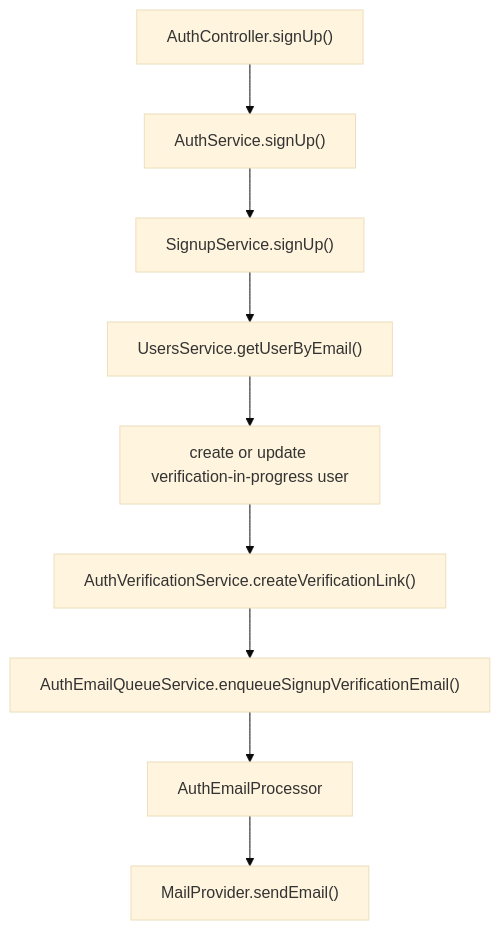
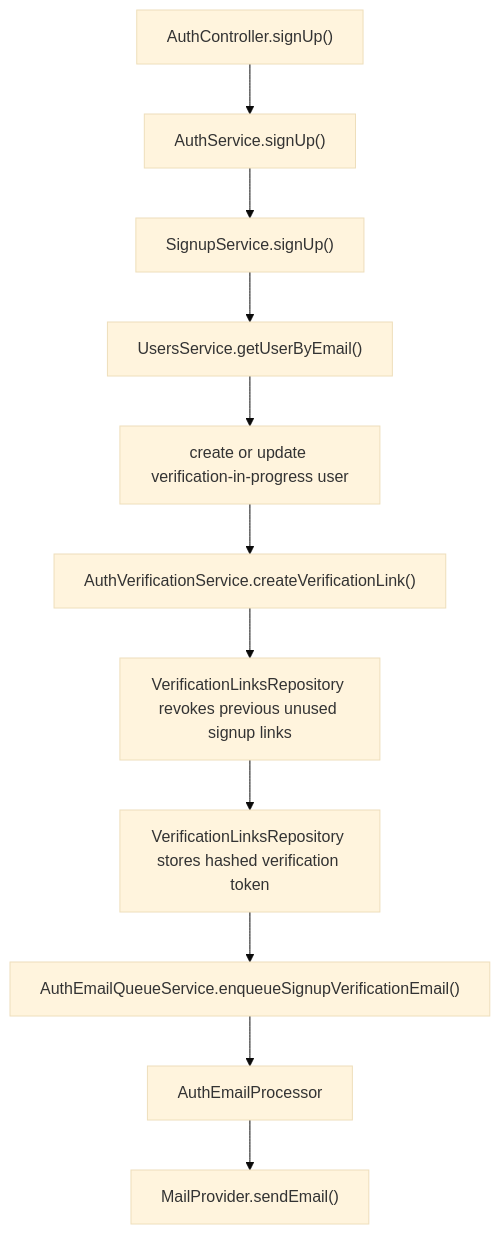
The first of 7 diagrams in back/docs/auth/signup-flow.md (KaterynaKocheharova/Practice-app), drawn with Mermaid (base theme) before and after one commit. The commit also changed other lines of this file and 1 other file, not shown here.

Commit message:
Add verification links docs

````diff
--- a/back/docs/auth/signup-flow.md
+++ b/back/docs/auth/signup-flow.md
@@ -126,11 +129,13 @@
 ```mermaid
 flowchart TD
   Controller["AuthController.signUp()"] --> AuthService["AuthService.signUp()"]
   AuthService --> SignupService["SignupService.signUp()"]
   SignupService --> Lookup["UsersService.getUserByEmail()"]
   Lookup --> UserWrite["create or update verification-in-progress user"]
   UserWrite --> Link["AuthVerificationService.createVerificationLink()"]
-  Link --> Queue["AuthEmailQueueService.enqueueSignupVerificationEmail()"]
+  Link --> RevokeLinks["VerificationLinksRepository revokes previous unused signup links"]
+  RevokeLinks --> StoreLink["VerificationLinksRepository stores hashed verification token"]
+  StoreLink --> Queue["AuthEmailQueueService.enqueueSignupVerificationEmail()"]
   Queue --> Processor["AuthEmailProcessor"]
   Processor --> Mail["MailProvider.sendEmail()"]
 ```
````
